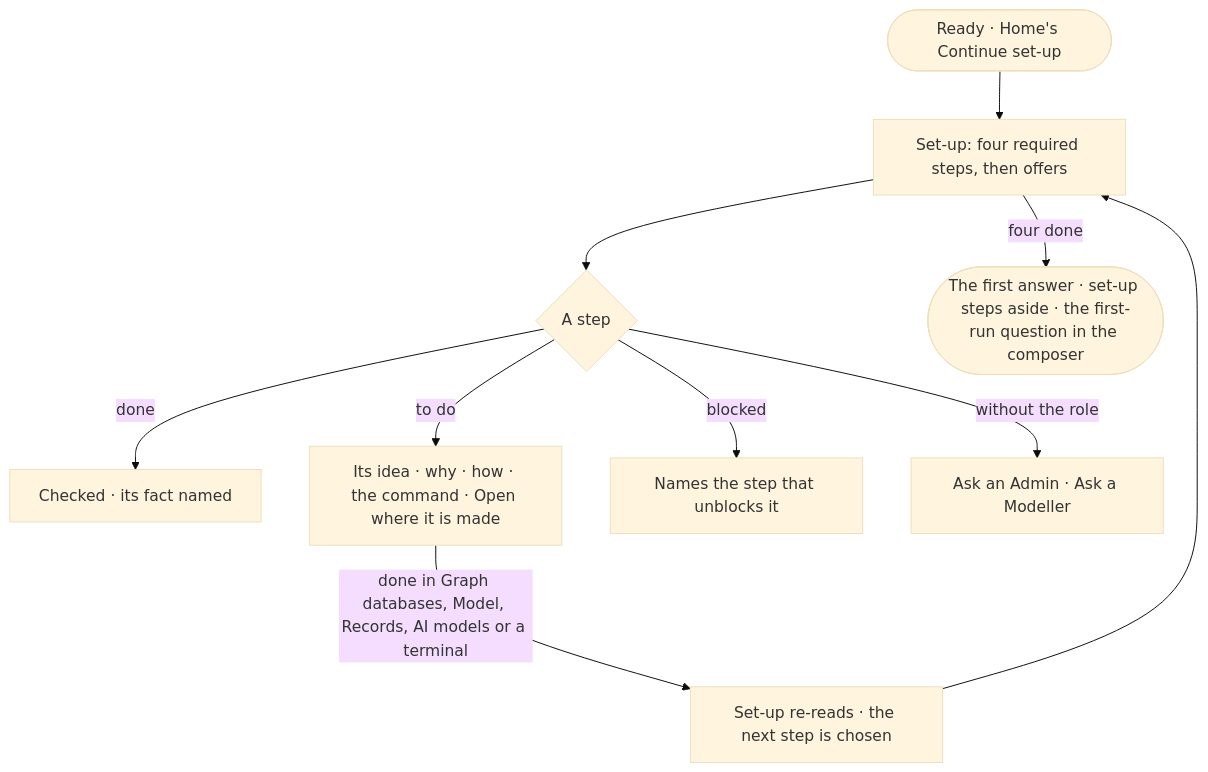
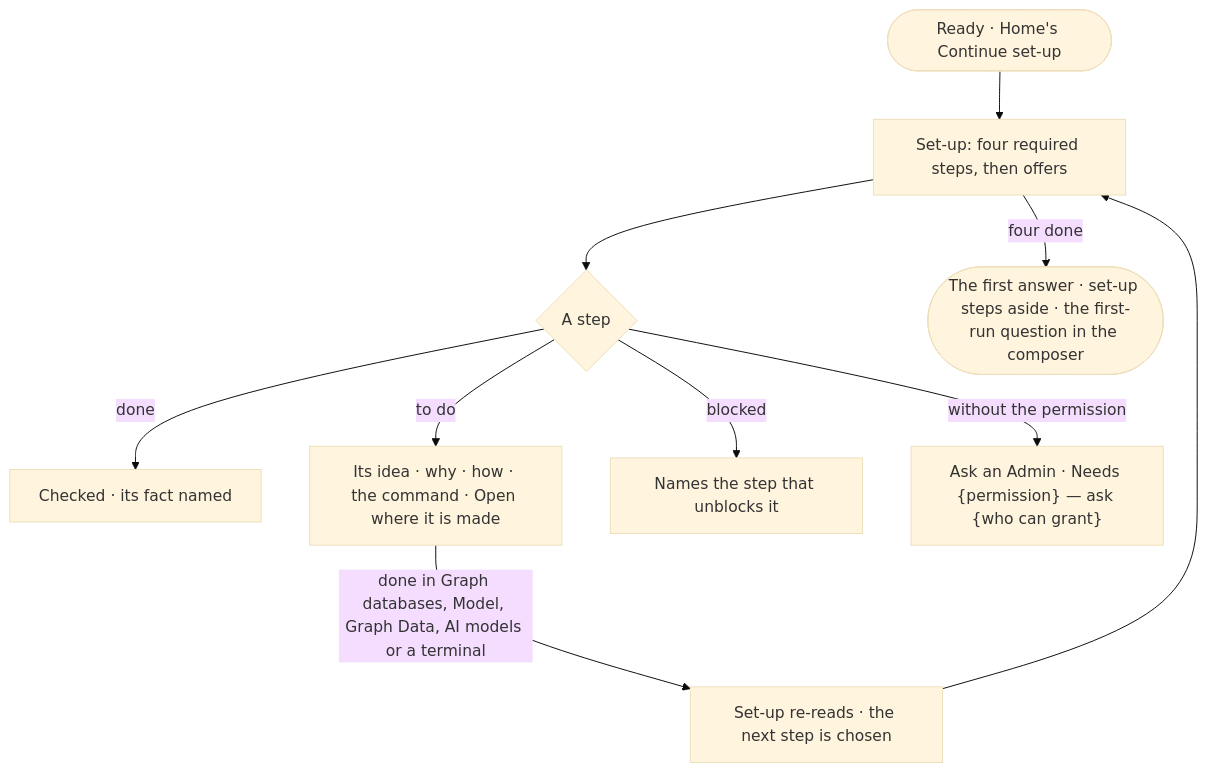
Before and after one commit to invana/invana: the diagram in specs/os/control/features/CP-F05-graph-databases/stories/CP-24-see-what-is-left-before-the-first-answer/story.md, drawn with Mermaid (base theme). The commit also changed other lines of this file and 456 other files, not shown here.

````diff
--- a/specs/os/control/features/CP-F05-graph-databases/stories/CP-24-see-what-is-left-before-the-first-answer/story.md
+++ b/specs/os/control/features/CP-F05-graph-databases/stories/CP-24-see-what-is-left-before-the-first-answer/story.md
@@ -26,12 +27,12 @@
 ```mermaid
 flowchart TD
   r([Ready · Home's Continue set-up]) --> l["Set-up: four required steps, then offers"]
   l --> s{"A step"}
   s -->|done| ck["Checked · its fact named"]
   s -->|to do| go["Its idea · why · how · the command · Open where it is made"]
   s -->|blocked| bl["Names the step that unblocks it"]
-  s -->|without the role| ask["Ask an Admin · Ask a Modeller"]
-  go -->|done in Graph databases, Model, Records, AI models or a terminal| re["Set-up re-reads · the next step is chosen"]
+  s -->|without the permission| ask["Ask an Admin · Needs {permission} — ask {who can grant}"]
+  go -->|done in Graph databases, Model, Graph Data, AI models or a terminal| re["Set-up re-reads · the next step is chosen"]
   re --> l
   l -->|four done| a(["The first answer · set-up steps aside · the first-run question in the composer"])
 ```
````
